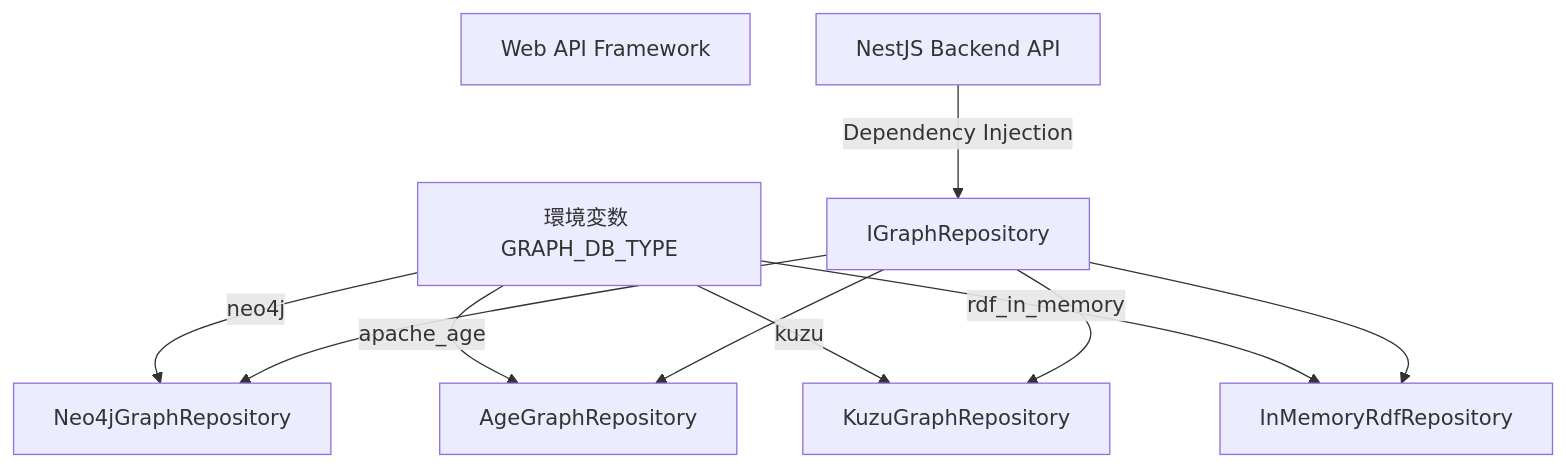
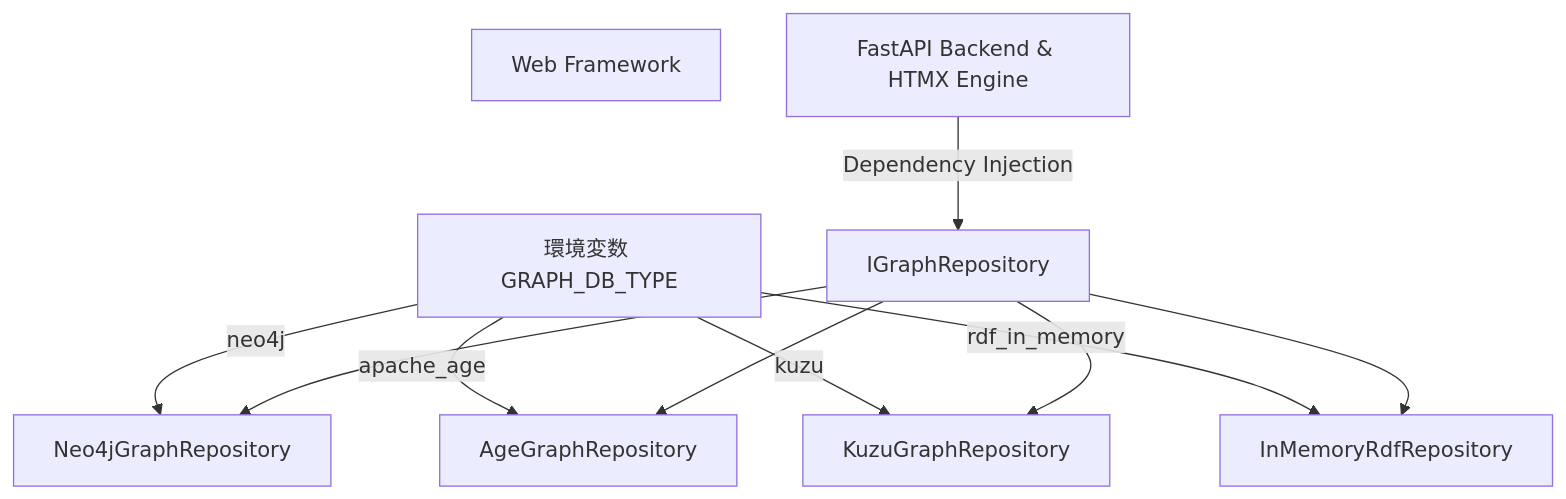
The diagram in docs/technology_decisions_report.md (hiroooo000/ontoNgn), drawn with Mermaid before and after one commit. The commit also changed other lines of this file and 1 other file, not shown here.

Commit message:
docs: update architecture design and tech decisions to Python/FastAPI/HTMX

````diff
--- a/docs/technology_decisions_report.md
+++ b/docs/technology_decisions_report.md
@@ -133,14 +132,14 @@
 ```mermaid
 graph TD
     A[環境変数 GRAPH_DB_TYPE] -->|neo4j| B[Neo4jGraphRepository]
     A -->|apache_age| C[AgeGraphRepository]
     A -->|kuzu| D[KuzuGraphRepository]
     A -->|rdf_in_memory| E[InMemoryRdfRepository]
 
-    SubGraph[Web API Framework]
-    NestJS[NestJS Backend API] -->|Dependency Injection| IGraphRepository
+    SubGraph[Web Framework]
+    FastAPI[FastAPI Backend & HTMX Engine] -->|Dependency Injection| IGraphRepository
     IGraphRepository --> B
     IGraphRepository --> C
     IGraphRepository --> D
     IGraphRepository --> E
 ```
````
